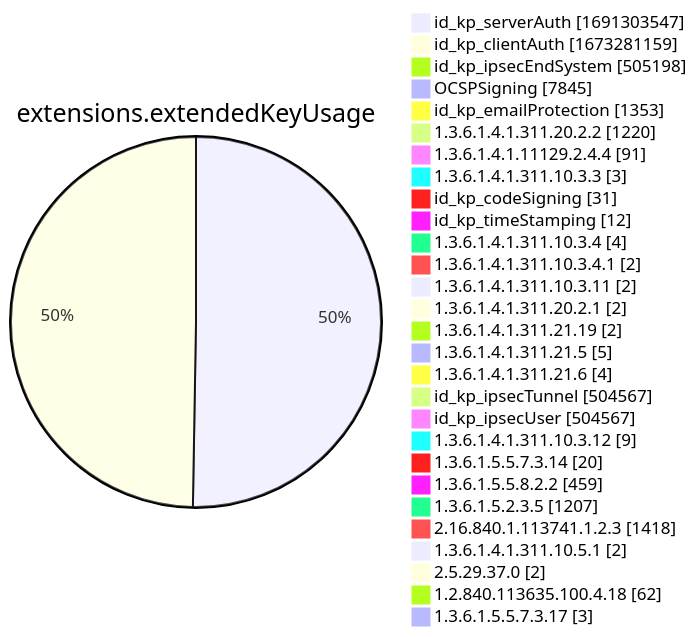
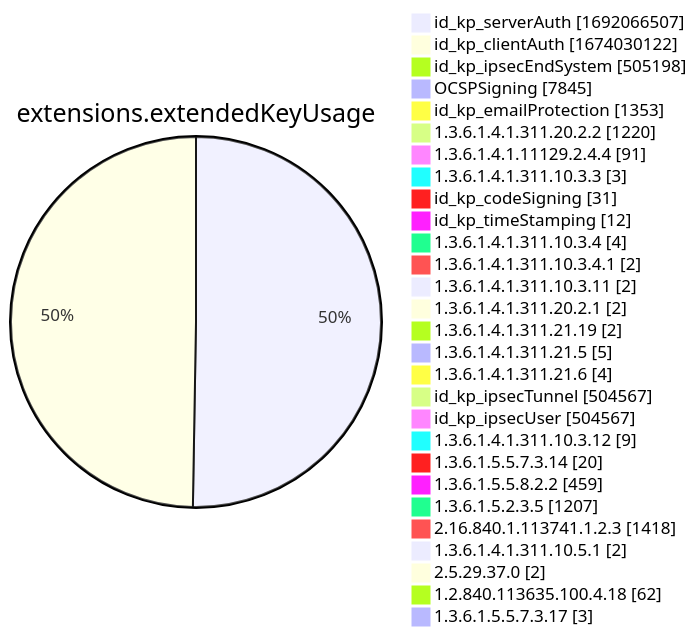
Before and after one commit to christiankrug/ctmonitor_visualization: diagram 12 of 15 in xenon2022/README.md, drawn with Mermaid. The commit also changed other lines of this file, not shown here.

````diff
--- a/xenon2022/README.md
+++ b/xenon2022/README.md
@@ -3888,32 +3888,32 @@
 ```mermaid
 pie showData
 title extensions.extendedKeyUsage
-"id_kp_serverAuth" :1691303547
-"id_kp_clientAuth" :1673281159
+"id_kp_serverAuth" :1692066507
+"id_kp_clientAuth" :1674030122
 "id_kp_ipsecEndSystem" :505198
 "OCSPSigning" :7845
 "id_kp_emailProtection" :1353
 "1.3.6.1.4.1.311.20.2.2" :1220
 "1.3.6.1.4.1.11129.2.4.4" :91
 "1.3.6.1.4.1.311.10.3.3" :3
 "id_kp_codeSigning" :31
 "id_kp_timeStamping" :12
 "1.3.6.1.4.1.311.10.3.4" :4
 "1.3.6.1.4.1.311.10.3.4.1" :2
 "1.3.6.1.4.1.311.10.3.11" :2
 "1.3.6.1.4.1.311.20.2.1" :2
 "1.3.6.1.4.1.311.21.19" :2
 "1.3.6.1.4.1.311.21.5" :5
 "1.3.6.1.4.1.311.21.6" :4
 "id_kp_ipsecTunnel" :504567
 "id_kp_ipsecUser" :504567
 "1.3.6.1.4.1.311.10.3.12" :9
 "1.3.6.1.5.5.7.3.14" :20
 "1.3.6.1.5.5.8.2.2" :459
 "1.3.6.1.5.2.3.5" :1207
 "2.16.840.1.113741.1.2.3" :1418
 "1.3.6.1.4.1.311.10.5.1" :2
 "2.5.29.37.0" :2
 "1.2.840.113635.100.4.18" :62
 "1.3.6.1.5.5.7.3.17" :3
 ```
````
